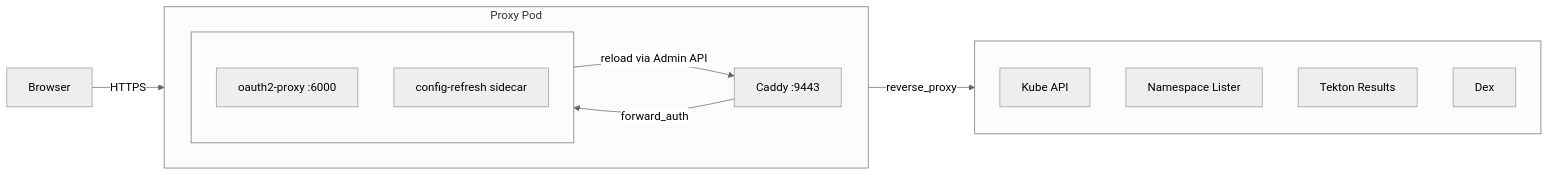
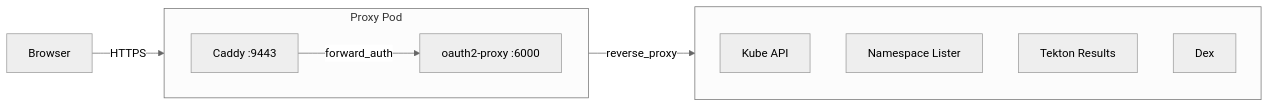
One commit to konflux-ci/konflux-ci changed the first of 2 diagrams in operator/upstream-kustomizations/ui/README.md. Above: the diagram before and after it, drawn with Mermaid (neutral theme). The commit also changed other lines of this file and 9 other files, not shown here.

First line of the commit message:
Replace config-refresh sidecar with Caddy plugins

````diff
--- a/operator/upstream-kustomizations/ui/README.md
+++ b/operator/upstream-kustomizations/ui/README.md
@@ -24,28 +24,23 @@
 ```mermaid
 flowchart LR
   browser["Browser"]
 
   subgraph pod ["Proxy Pod"]
     direction LR
-    subgraph sidecars [" "]
-      direction TB
-      oauth2["oauth2-proxy :6000"]
-      sidecar["config-refresh sidecar"]
-    end
+    oauth2["oauth2-proxy :6000"]
     caddy["Caddy :9443"]
 
     caddy -- forward_auth --> oauth2
-    sidecar -- "reload via Admin API" --> caddy
   end
 
   browser -- HTTPS --> caddy
 
   subgraph upstreams [" "]
     kubeAPI["Kube API"]
     nsLister["Namespace Lister"]
     tekton["Tekton Results"]
     dex["Dex"]
   end
 
   caddy -- reverse_proxy --> upstreams
 ```
````
